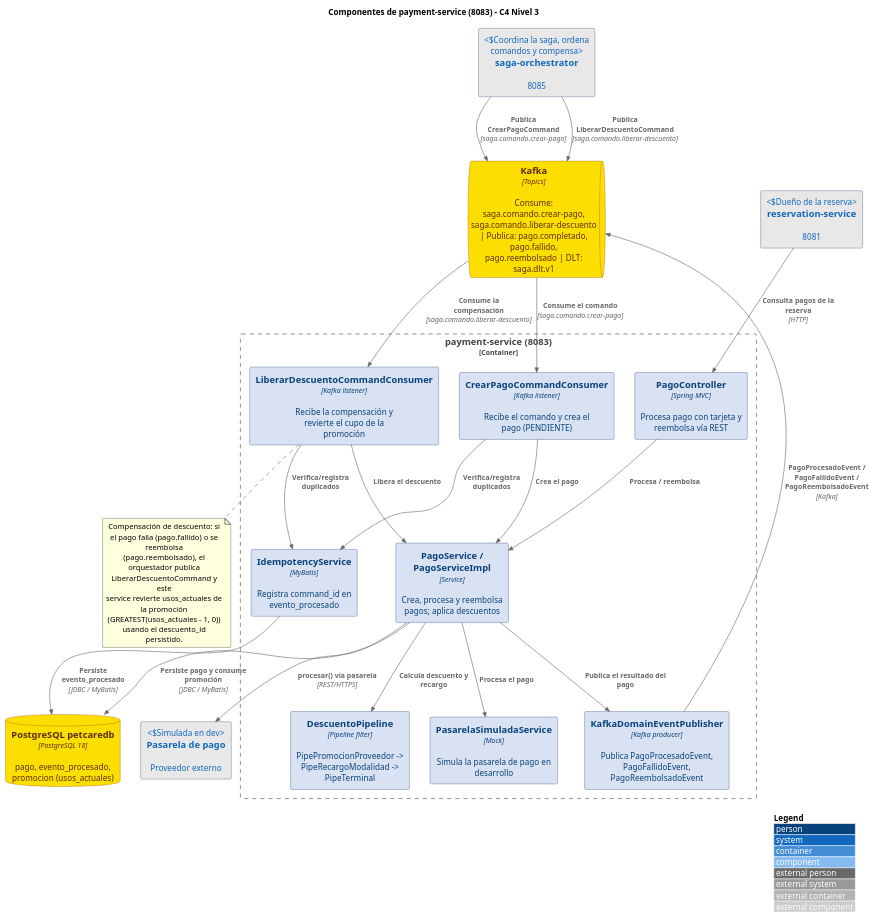
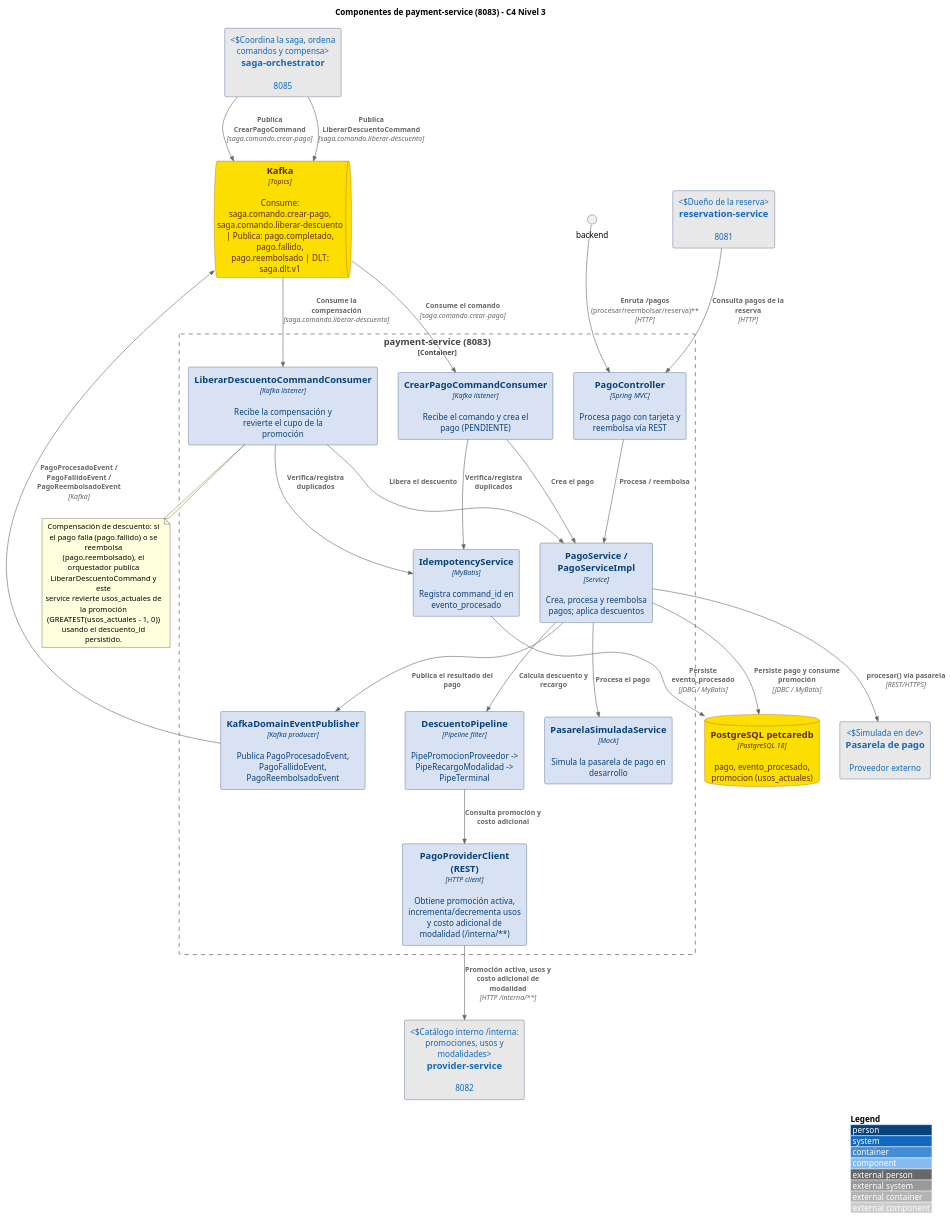
One commit to rolyjuarez/PetCare changed the diagram in diagramas/3-componentes-payment-service.puml. Above: the diagram before and after it, drawn with PlantUML. The commit also changed 122 other files, not shown here.

```diff
--- a/diagramas/3-componentes-payment-service.puml
+++ b/diagramas/3-componentes-payment-service.puml
@@ -1,75 +1,80 @@
 @startuml
 !includeurl https://raw.githubusercontent.com/plantuml-stdlib/C4-PlantUML/master/C4_Component.puml
 
 ' ============================================================================
 ' PETCare - Componentes de payment-service (8083) - C4 Nivel 3
 ' ============================================================================
 
 title Componentes de payment-service (8083) - C4 Nivel 3
 
 ' ---------------------------------------------------------------------------
 ' Estilos
 ' ---------------------------------------------------------------------------
 UpdateElementStyle(component, $fontColor="#08427B", $borderColor="#052F61", $bgColor="#D9E2F3")
 UpdateElementStyle(container, $fontColor="#5D2C00", $borderColor="#963B00", $bgColor="#FCDE00")
 UpdateElementStyle(database, $fontColor="#08427B", $borderColor="#052F61", $bgColor="#A9D2FF")
 UpdateElementStyle(queue, $fontColor="#1168BD", $borderColor="#052F61", $bgColor="#F5F5F5")
 UpdateElementStyle(external_system, $fontColor="#1168BD", $borderColor="#052F61", $bgColor="#E8E8E8")
 UpdateElementStyle(boundary, $borderColor="#2F4F4F", $fontColor="#2F4F4F", $bgColor="#F0F0F0")
 
 ' ---------------------------------------------------------------------------
 ' Elementos externos
 ' ---------------------------------------------------------------------------
 System_Ext(sa, "saga-orchestrator", "8085", "Coordina la saga, ordena comandos y compensa")
 System_Ext(rs, "reservation-service", "8081", "Dueño de la reserva")
+System_Ext(ps, "provider-service", "8082", "Catálogo interno /interna: promociones, usos y modalidades")
 
 ContainerQueue(kafka, "Kafka", "Topics", "Consume: saga.comando.crear-pago, saga.comando.liberar-descuento | Publica: pago.completado, pago.fallido, pago.reembolsado | DLT: saga.dlt.v1")
 ContainerDb(db, "PostgreSQL petcaredb", "PostgreSQL 18", "pago, evento_procesado, promocion (usos_actuales)")
 System_Ext(pasarela, "Pasarela de pago", "Proveedor externo", "Simulada en dev")
 
 ' ---------------------------------------------------------------------------
 ' Componentes internos
 ' ---------------------------------------------------------------------------
 Container_Boundary(ms, "payment-service (8083)") {
     Component(ms_consumer, "CrearPagoCommandConsumer", "Kafka listener", "Recibe el comando y crea el pago (PENDIENTE)")
     Component(ms_lib, "LiberarDescuentoCommandConsumer", "Kafka listener", "Recibe la compensación y revierte el cupo de la promoción")
     Component(ms_api, "PagoController", "Spring MVC", "Procesa pago con tarjeta y reembolsa vía REST")
     Component(ms_svc, "PagoService / PagoServiceImpl", "Service", "Crea, procesa y reembolsa pagos; aplica descuentos")
     Component(ms_pipe, "DescuentoPipeline", "Pipeline filter", "PipePromocionProveedor -> PipeRecargoModalidad -> PipeTerminal")
+    Component(ms_provider, "PagoProviderClient (REST)", "HTTP client", "Obtiene promoción activa, incrementa/decrementa usos y costo adicional de modalidad (/interna/**)")
     Component(ms_pasarela, "PasarelaSimuladaService", "Mock", "Simula la pasarela de pago en desarrollo")
     Component(ms_pub, "KafkaDomainEventPublisher", "Kafka producer", "Publica PagoProcesadoEvent, PagoFallidoEvent, PagoReembolsadoEvent")
     Component(ms_idem, "IdempotencyService", "MyBatis", "Registra command_id en evento_procesado")
 
     Rel(ms_consumer, ms_svc, "Crea el pago")
     Rel(ms_lib, ms_svc, "Libera el descuento")
     Rel(ms_api, ms_svc, "Procesa / reembolsa")
     Rel(ms_svc, ms_pipe, "Calcula descuento y recargo")
+    Rel(ms_pipe, ms_provider, "Consulta promoción y costo adicional")
     Rel(ms_svc, ms_pasarela, "Procesa el pago")
     Rel(ms_svc, ms_pub, "Publica el resultado del pago")
     Rel(ms_consumer, ms_idem, "Verifica/registra duplicados")
     Rel(ms_lib, ms_idem, "Verifica/registra duplicados")
 }
 
 ' ---------------------------------------------------------------------------
 ' Relaciones con el exterior
 ' ---------------------------------------------------------------------------
 Rel(sa, kafka, "Publica CrearPagoCommand", "saga.comando.crear-pago")
 Rel(sa, kafka, "Publica LiberarDescuentoCommand", "saga.comando.liberar-descuento")
 Rel(kafka, ms_consumer, "Consume el comando", "saga.comando.crear-pago")
 Rel(kafka, ms_lib, "Consume la compensación", "saga.comando.liberar-descuento")
+Rel(backend, ms_api, "Enruta /pagos** (procesar/reembolsar/reserva)", "HTTP")
 Rel(rs, ms_api, "Consulta pagos de la reserva", "HTTP")
+Rel(ms_provider, ps, "Promoción activa, usos y costo adicional de modalidad", "HTTP /interna/**")
 Rel(ms_svc, pasarela, "procesar() vía pasarela", "REST/HTTPS")
 Rel(ms_pub, kafka, "PagoProcesadoEvent / PagoFallidoEvent / PagoReembolsadoEvent", "Kafka")
 Rel(ms_svc, db, "Persiste pago y consume promoción", "JDBC / MyBatis")
 Rel(ms_idem, db, "Persiste evento_procesado", "JDBC / MyBatis")
 
 note bottom of ms_lib
   Compensación de descuento: si el pago falla (pago.fallido) o se reembolsa
   (pago.reembolsado), el orquestador publica LiberarDescuentoCommand y este
   service revierte usos_actuales de la promoción
   (GREATEST(usos_actuales - 1, 0)) usando el descuento_id persistido.
 end note
 
 LAYOUT_WITH_LEGEND()
 
 @enduml
```
